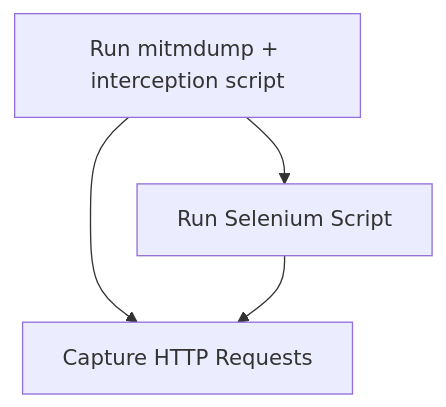
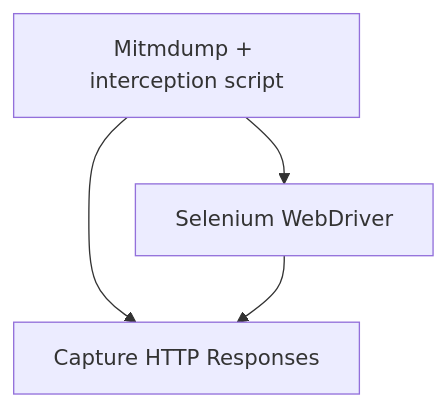
The third of 3 diagrams in README.md (jonruida/PowerBI_Insights), drawn with Mermaid before and after one commit. The commit also changed other lines of this file, not shown here.

````diff
--- a/README.md
+++ b/README.md
@@ -61,8 +62,8 @@
 ```mermaid
 graph TD;
-    B[Run mitmdump + interception script];
+    B[Mitmdump + interception script];
     B --> D
-    B --> C[Run Selenium Script];
-    C --> D[Capture HTTP Requests];
+    B --> C[Selenium WebDriver];
+    C --> D[Capture HTTP Responses];
     
 ```
````
